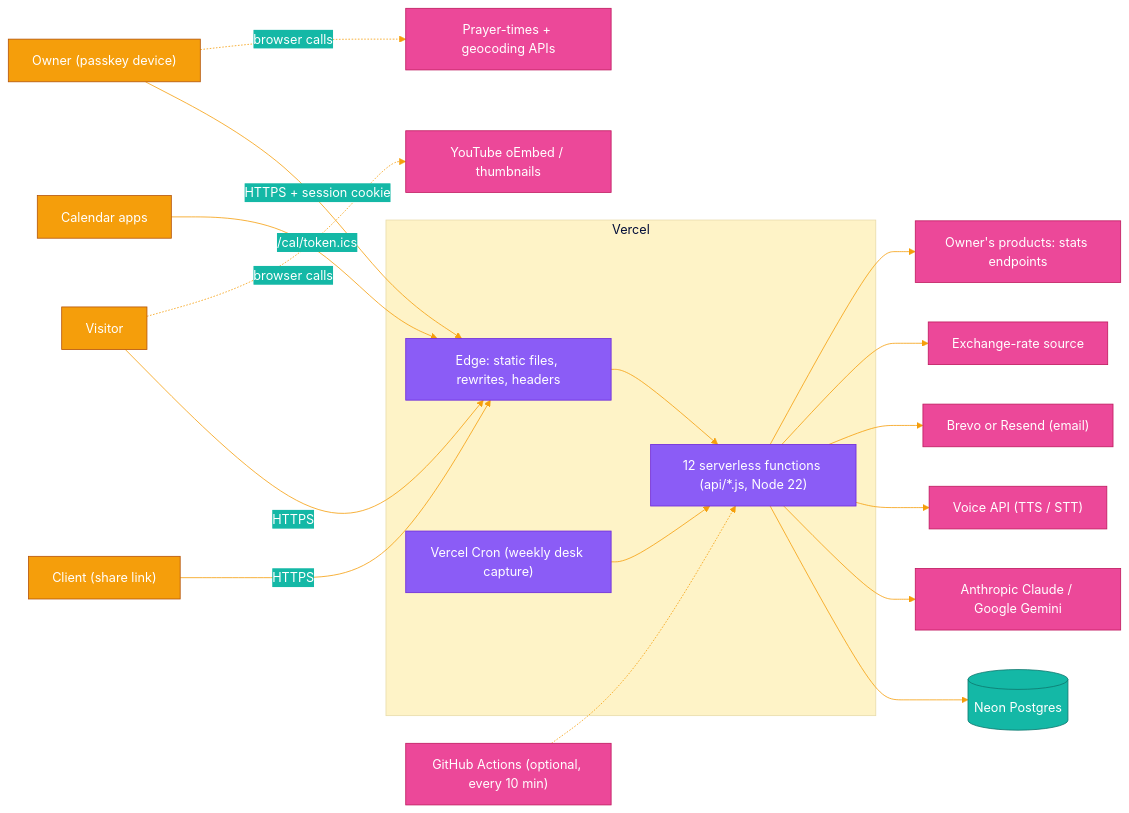
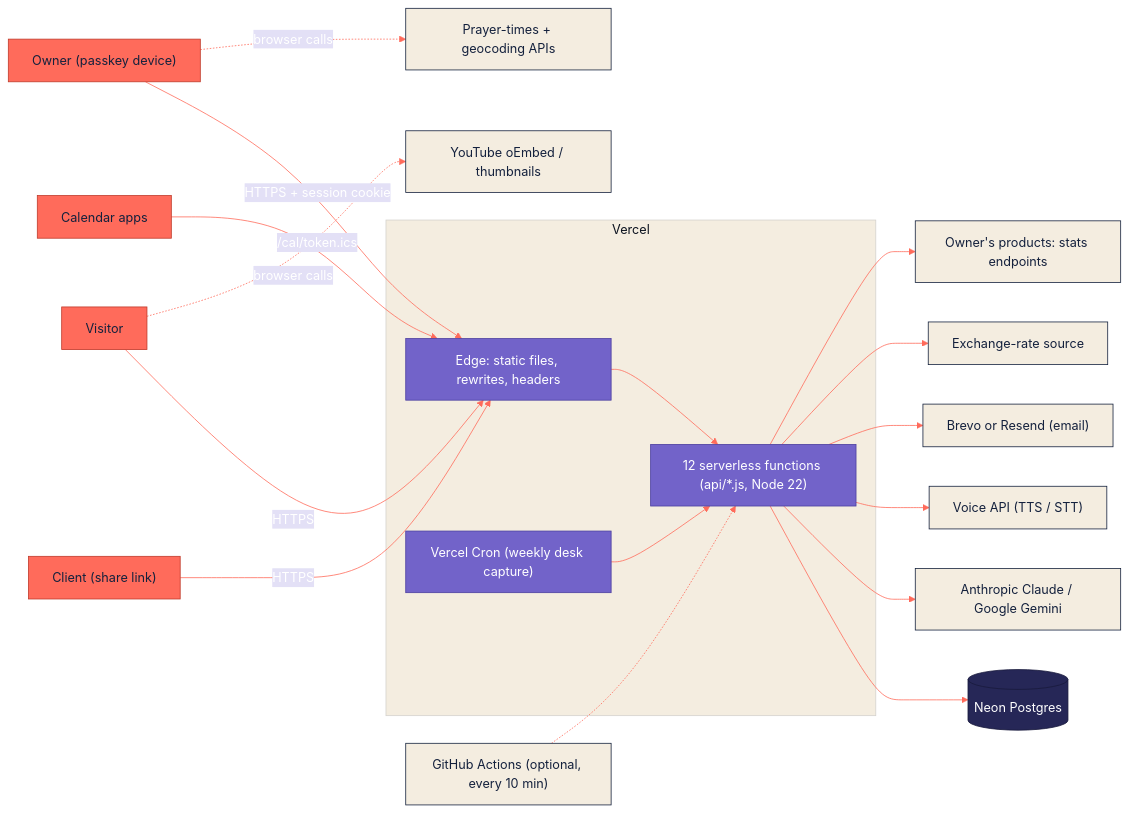
The first of 6 diagrams in README.md (Ahmedtarekpage/portfolio), drawn with Mermaid before and after one commit. The commit also changed other lines of this file and 20 other files, not shown here.

````diff
--- a/README.md
+++ b/README.md
@@ -717,36 +735,36 @@
 ```mermaid
-%%{init: {'theme':'base','themeVariables':{'primaryColor':'#8b5cf6','primaryTextColor':'#fff','primaryBorderColor':'#6d28d9','lineColor':'#f59e0b','secondaryColor':'#14b8a6','tertiaryColor':'#fef3c7','actorBkg':'#8b5cf6','actorTextColor':'#fff','noteBkgColor':'#fef3c7','fontFamily':'Inter'}}}%%
+%%{init: {'theme':'base','themeVariables':{'primaryColor':'#7263C9','primaryTextColor':'#ffffff','primaryBorderColor':'#4C3FA0','lineColor':'#FF6B5B','secondaryColor':'#E3E0F6','tertiaryColor':'#F4EDE0','actorBkg':'#7263C9','actorBorder':'#4C3FA0','actorTextColor':'#ffffff','signalColor':'#FF6B5B','noteBkgColor':'#F4EDE0','noteTextColor':'#14213D','fontFamily':'Inter'}}}%%
 flowchart LR
   V["Visitor"] -->|HTTPS| EDGE
   C["Client (share link)"] -->|HTTPS| EDGE
   O["Owner (passkey device)"] -->|HTTPS + session cookie| EDGE
   CAL["Calendar apps"] -->|/cal/token.ics| EDGE
 
   subgraph Vercel
     EDGE["Edge: static files, rewrites, headers"]
     FN["12 serverless functions (api/*.js, Node 22)"]
     CRON["Vercel Cron (weekly desk capture)"]
   end
 
   EDGE --> FN
   CRON --> FN
   FN --> DB[("Neon Postgres")]
   FN --> AI["Anthropic Claude / Google Gemini"]
   FN --> VOICE["Voice API (TTS / STT)"]
   FN --> MAIL["Brevo or Resend (email)"]
   FN --> FX["Exchange-rate source"]
   FN --> PROD["Owner's products: stats endpoints"]
 
   O -.browser calls.-> PRAY["Prayer-times + geocoding APIs"]
   V -.browser calls.-> YT["YouTube oEmbed / thumbnails"]
   GHA["GitHub Actions (optional, every 10 min)"] -.-> FN
 
-  classDef people fill:#f59e0b,stroke:#b45309,color:#fff
-  classDef vercel fill:#8b5cf6,stroke:#6d28d9,color:#fff
-  classDef data fill:#14b8a6,stroke:#0f766e,color:#fff
-  classDef ext fill:#ec4899,stroke:#be185d,color:#fff
+  classDef people fill:#FF6B5B,stroke:#BF3A2A,color:#14213D
+  classDef vercel fill:#7263C9,stroke:#4C3FA0,color:#ffffff
+  classDef data fill:#262757,stroke:#191A3C,color:#ffffff
+  classDef ext fill:#F4EDE0,stroke:#14213D,color:#14213D
   class V,C,O,CAL people
   class EDGE,FN,CRON vercel
   class DB data
   class AI,VOICE,MAIL,FX,PROD,PRAY,YT,GHA ext
 ```
````
